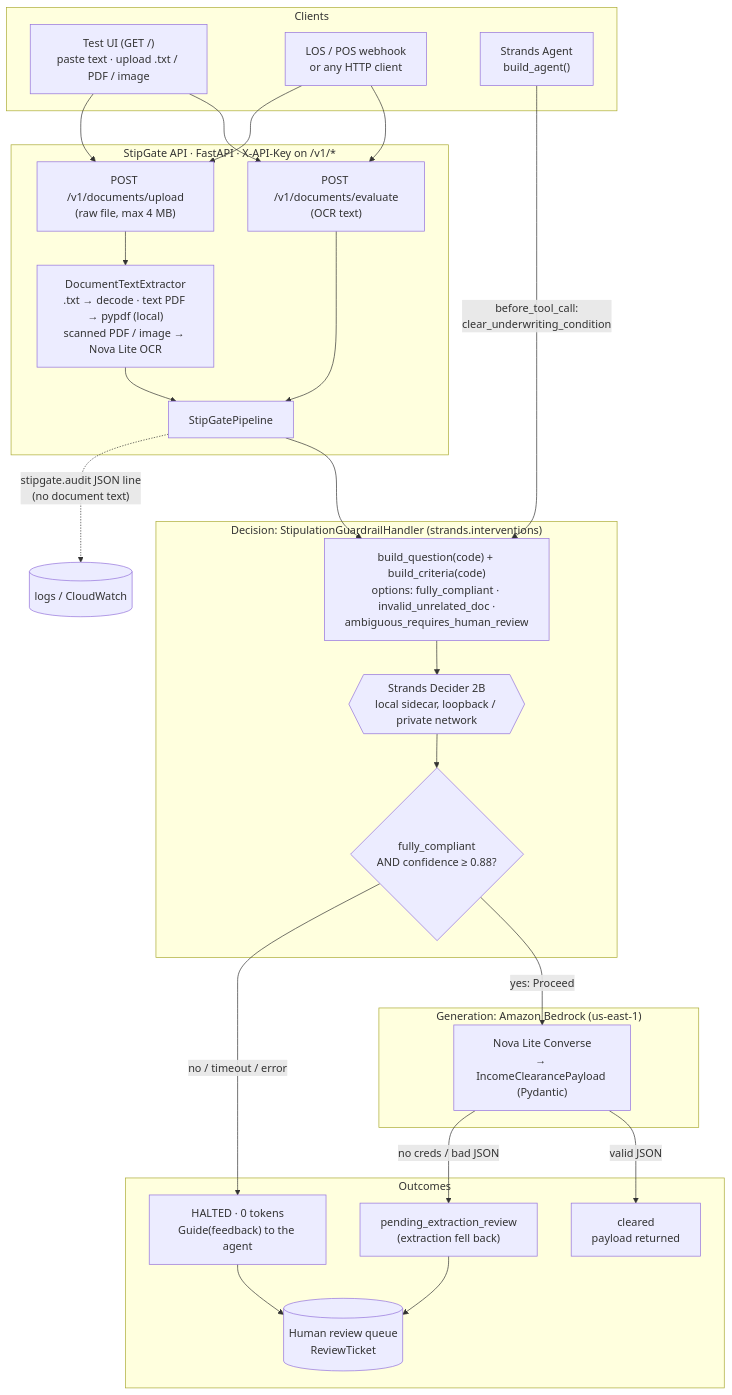
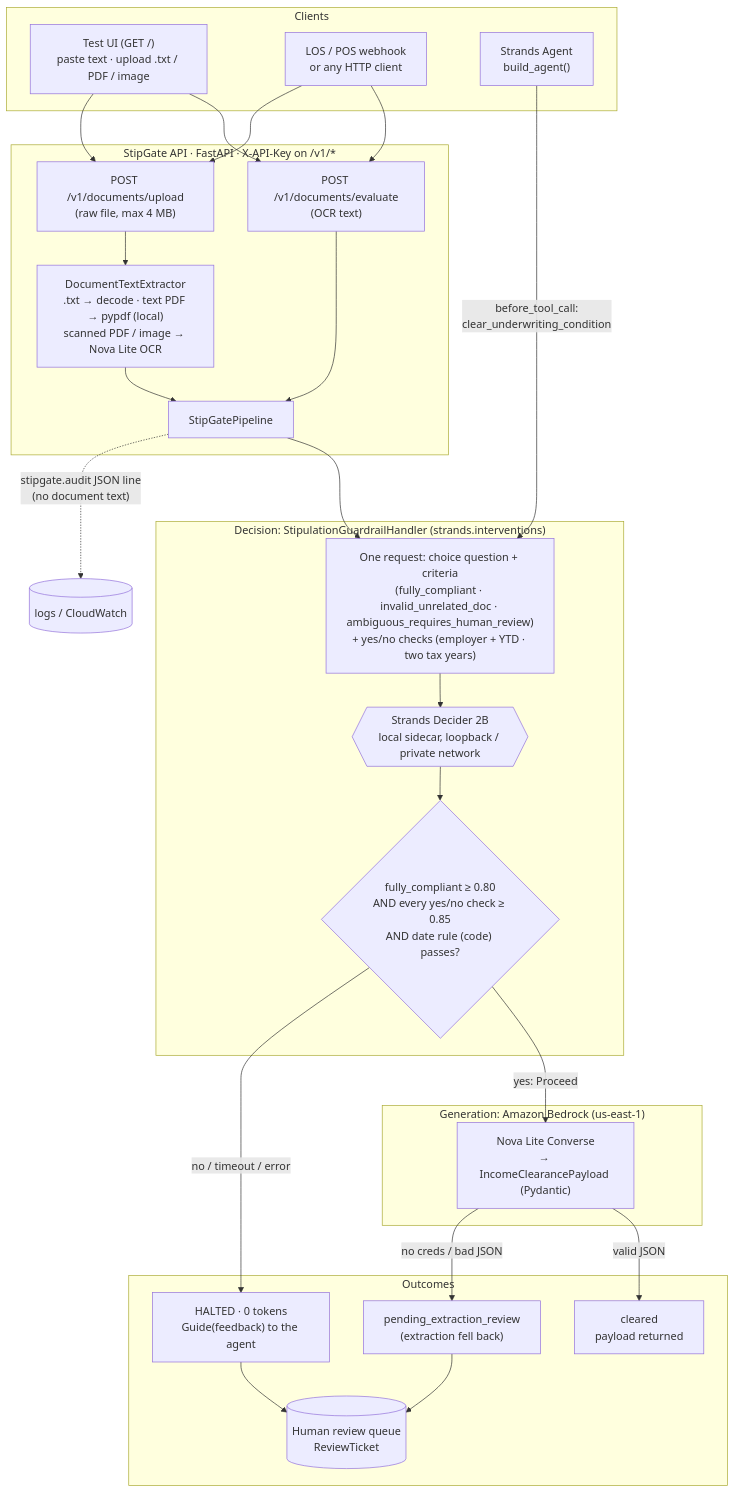
Before and after one commit to gouthamb-dev/stipgate: the first of 2 diagrams in README.md, drawn with Mermaid. The commit also changed other lines of this file and 15 other files, not shown here.

First line of the commit message:
Add yes/no requirement checks, date rule, live benchmark vs Nova Lite judge

````diff
--- a/README.md
+++ b/README.md
@@ -46,44 +61,44 @@
 ```mermaid
 flowchart TB
     subgraph Clients["Clients"]
         UI["Test UI (GET /)<br/>paste text · upload .txt / PDF / image"]
         LOS["LOS / POS webhook<br/>or any HTTP client"]
         AG["Strands Agent<br/>build_agent()"]
     end
 
     subgraph API["StipGate API · FastAPI · X-API-Key on /v1/*"]
         EV["POST /v1/documents/evaluate<br/>(OCR text)"]
         UP["POST /v1/documents/upload<br/>(raw file, max 4 MB)"]
         OCR["DocumentTextExtractor<br/>.txt → decode · text PDF → pypdf (local)<br/>scanned PDF / image → Nova Lite OCR"]
         PIPE["StipGatePipeline"]
     end
 
     subgraph Gate["Decision: StipulationGuardrailHandler (strands.interventions)"]
-        Q["build_question(code) + build_criteria(code)<br/>options: fully_compliant · invalid_unrelated_doc ·<br/>ambiguous_requires_human_review"]
+        Q["One request: choice question + criteria<br/>(fully_compliant · invalid_unrelated_doc · ambiguous_requires_human_review)<br/>+ yes/no checks (employer + YTD · two tax years)"]
         DEC{{"Strands Decider 2B<br/>local sidecar, loopback / private network"}}
-        RULE{"fully_compliant<br/>AND confidence ≥ 0.88?"}
+        RULE{"fully_compliant ≥ 0.80<br/>AND every yes/no check ≥ 0.85<br/>AND date rule (code) passes?"}
     end
 
     subgraph Gen["Generation: Amazon Bedrock (us-east-1)"]
         NOVA["Nova Lite Converse<br/>→ IncomeClearancePayload (Pydantic)"]
     end
 
     subgraph Out["Outcomes"]
         CLR["cleared<br/>payload returned"]
         PER["pending_extraction_review<br/>(extraction fell back)"]
         HALT["HALTED · 0 tokens<br/>Guide(feedback) to the agent"]
         RQ[("Human review queue<br/>ReviewTicket")]
     end
 
     UI --> EV & UP
     LOS --> EV & UP
     UP --> OCR --> PIPE
     EV --> PIPE
     AG -- "before_tool_call:<br/>clear_underwriting_condition" --> Q
     PIPE --> Q --> DEC --> RULE
     RULE -- "yes: Proceed" --> NOVA
     RULE -- "no / timeout / error" --> HALT --> RQ
     NOVA -- valid JSON --> CLR
     NOVA -- "no creds / bad JSON" --> PER --> RQ
     PIPE -. "stipgate.audit JSON line<br/>(no document text)" .-> LOG[("logs / CloudWatch")]
 ```
````
